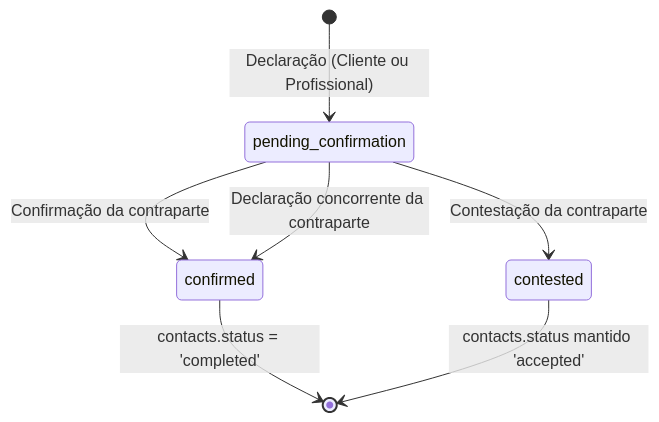
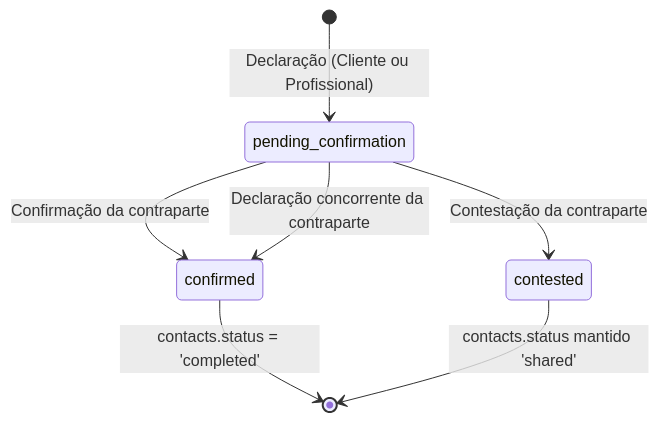
One commit to koglim/contato changed the diagram in docs/CONTACT_COMPLETION_CONFIRMATION.md. Above: the diagram before and after it, drawn with Mermaid. The commit also changed other lines of this file and 24 other files, not shown here.

````diff
--- a/docs/CONTACT_COMPLETION_CONFIRMATION.md
+++ b/docs/CONTACT_COMPLETION_CONFIRMATION.md
@@ -23,9 +23,9 @@
 ```mermaid
 stateDiagram-v2
     [*] --> pending_confirmation: Declaração (Cliente ou Profissional)
     pending_confirmation --> confirmed: Confirmação da contraparte
     pending_confirmation --> confirmed: Declaração concorrente da contraparte
     pending_confirmation --> contested: Contestação da contraparte
     confirmed --> [*]: contacts.status = 'completed'
-    contested --> [*]: contacts.status mantido 'accepted'
+    contested --> [*]: contacts.status mantido 'shared'
 ```
````
